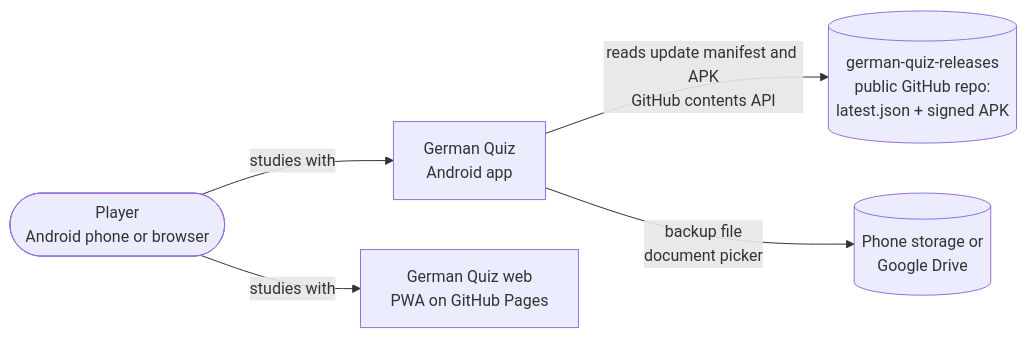
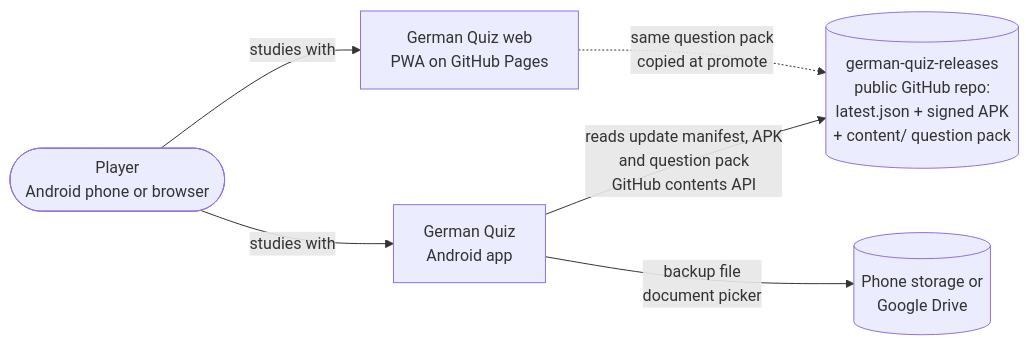
Before and after one commit to yujideluca/german-quiz: the first of 2 diagrams in DESIGN.md, drawn with Mermaid. The commit also changed other lines of this file and 31 other files, not shown here.

First line of the commit message:
Question pool updates without an app release (ADR-0012)

````diff
--- a/DESIGN.md
+++ b/DESIGN.md
@@ -46,12 +46,13 @@
 ```mermaid
 flowchart LR
     player([Player<br/>Android phone or browser])
     app[German Quiz<br/>Android app]
     web[German Quiz web<br/>PWA on GitHub Pages]
-    feed[(german-quiz-releases<br/>public GitHub repo:<br/>latest.json + signed APK)]
+    feed[(german-quiz-releases<br/>public GitHub repo:<br/>latest.json + signed APK<br/>+ content/ question pack)]
     drive[(Phone storage or<br/>Google Drive)]
     player -- studies with --> app
     player -- studies with --> web
-    app -- reads update manifest and APK<br/>GitHub contents API --> feed
+    app -- reads update manifest, APK<br/>and question pack<br/>GitHub contents API --> feed
+    web -. same question pack<br/>copied at promote .-> feed
     app -- backup file<br/>document picker --> drive
 ```
````
